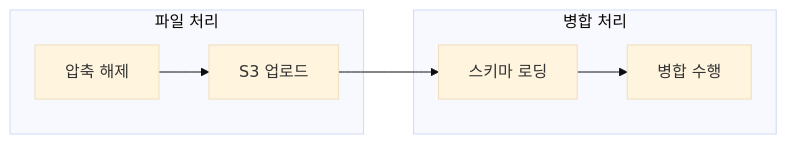
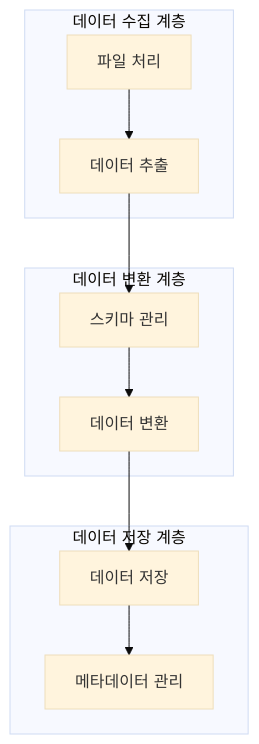
The fourth of 5 diagrams in _posts/2025-03-15-etl-pipeline.md (yeokyeong-yoon/yeokyeong-yoon.github.io), drawn with Mermaid before and after one commit. The commit also changed other lines of this file, not shown here.

````diff
--- a/_posts/2025-03-15-etl-pipeline.md
+++ b/_posts/2025-03-15-etl-pipeline.md
@@ -187,13 +225,17 @@
 ```mermaid
 %%{init: {'theme': 'base', 'themeVariables': { 'fontSize': '16px'}}}%%
-graph LR
-    subgraph "파일 처리"
-        A[압축 해제]
-        B[S3 업로드]
+graph TD
+    subgraph "데이터 수집 계층"
+        A[파일 처리]
+        B[데이터 추출]
     end
-    subgraph "병합 처리"
-        C[스키마 로딩]
-        D[병합 수행]
+    subgraph "데이터 변환 계층"
+        C[스키마 관리]
+        D[데이터 변환]
     end
-    A --> B --> C --> D
+    subgraph "데이터 저장 계층"
+        E[데이터 저장]
+        F[메타데이터 관리]
+    end
+    A --> B --> C --> D --> E --> F
 ```
````
